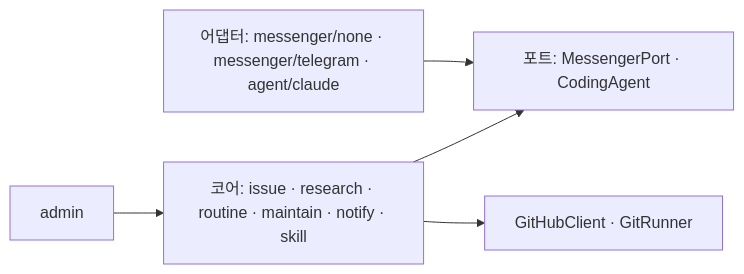
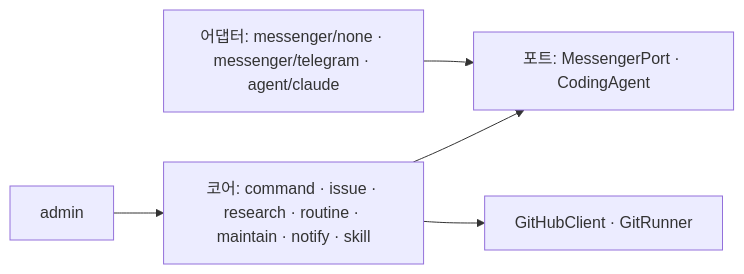
Before and after one commit to SonJM/Dev-Agent-Platform: the diagram in docs/04-project-structure.md, drawn with Mermaid. The commit also changed other lines of this file and 108 other files, not shown here.

````diff
--- a/docs/04-project-structure.md
+++ b/docs/04-project-structure.md
@@ -58,7 +59,7 @@
 ```mermaid
 flowchart LR
-    admin --> core[코어: issue · research · routine · maintain · notify · skill]
+    admin --> core[코어: command · issue · research · routine · maintain · notify · skill]
     core --> ports[포트: MessengerPort · CodingAgent]
     adapters[어댑터: messenger/none · messenger/telegram · agent/claude] --> ports
     core --> gh[GitHubClient · GitRunner]
 ```
````
